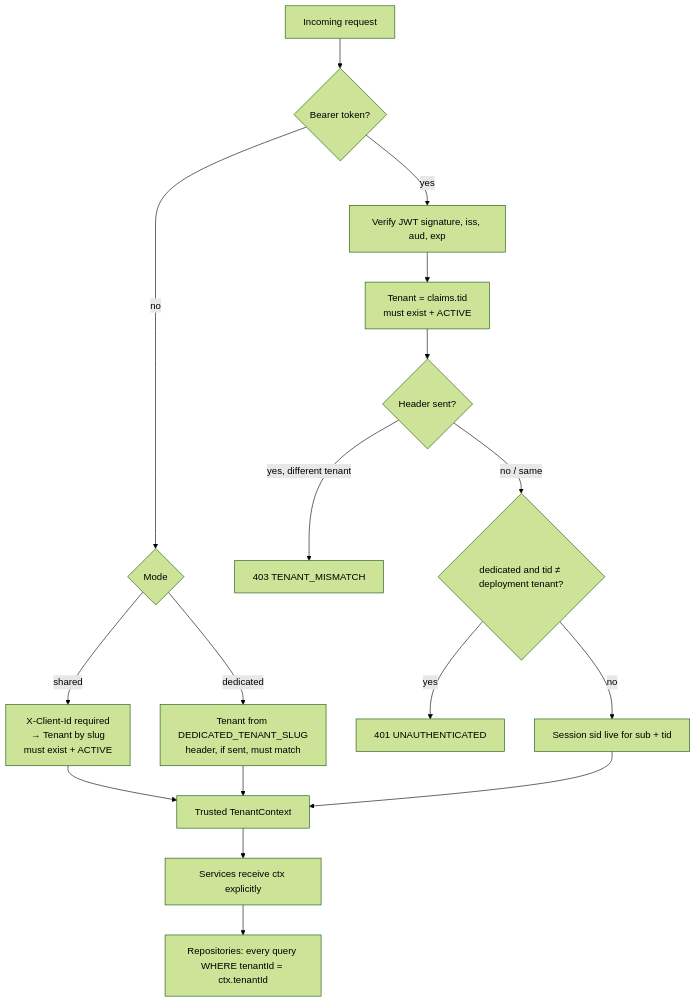
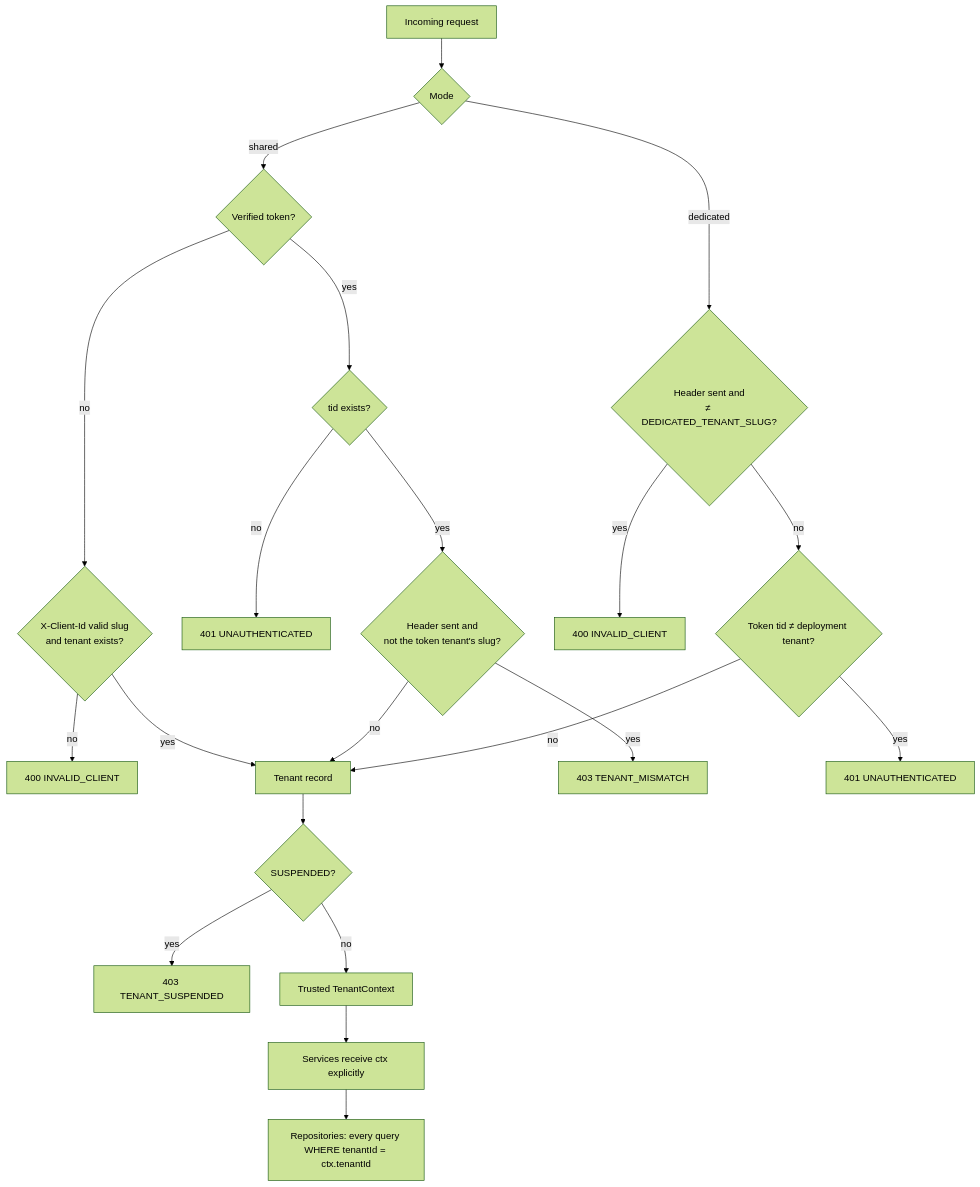
The diagram in docs/architecture.md (zakaria-hajja/white-label-server), drawn with Mermaid (forest theme) before and after one commit. The commit also changed other lines of this file, not shown here.

Commit message:
docs: align tenant resolution doc with resolver behaviour

````diff
--- a/docs/architecture.md
+++ b/docs/architecture.md
@@ -14,19 +26,23 @@
 ```mermaid
 flowchart TD
-    Req[Incoming request] --> Auth{Bearer token?}
-    Auth -- no --> Mode1{Mode}
-    Mode1 -- shared --> H[X-Client-Id required<br/>→ Tenant by slug<br/>must exist + ACTIVE]
-    Mode1 -- dedicated --> C[Tenant from DEDICATED_TENANT_SLUG<br/>header, if sent, must match]
-    Auth -- yes --> V[Verify JWT signature, iss, aud, exp]
-    V --> Tid[Tenant = claims.tid<br/>must exist + ACTIVE]
-    Tid --> M{Header sent?}
-    M -- yes, different tenant --> X[403 TENANT_MISMATCH]
-    M -- no / same --> Ded{dedicated and tid ≠ deployment tenant?}
-    Ded -- yes --> X2[401 UNAUTHENTICATED]
-    Ded -- no --> Sess[Session sid live for sub + tid]
-    H --> Ctx[Trusted TenantContext]
-    C --> Ctx
-    Sess --> Ctx
+    Req[Incoming request] --> Mode{Mode}
+    Mode -- shared --> STok{Verified token?}
+    STok -- no --> SH{X-Client-Id valid slug<br/>and tenant exists?}
+    SH -- no --> E1[400 INVALID_CLIENT]
+    SH -- yes --> Rec
+    STok -- yes --> STid{tid exists?}
+    STid -- no --> E2[401 UNAUTHENTICATED]
+    STid -- yes --> SHdr{Header sent and<br/>not the token tenant's slug?}
+    SHdr -- yes --> E3[403 TENANT_MISMATCH]
+    SHdr -- no --> Rec
+    Mode -- dedicated --> DH{Header sent and<br/>≠ DEDICATED_TENANT_SLUG?}
+    DH -- yes --> E4[400 INVALID_CLIENT]
+    DH -- no --> DTok{Token tid ≠ deployment tenant?}
+    DTok -- yes --> E5[401 UNAUTHENTICATED]
+    DTok -- no --> Rec
+    Rec[Tenant record] --> Susp{SUSPENDED?}
+    Susp -- yes --> E6[403 TENANT_SUSPENDED]
+    Susp -- no --> Ctx[Trusted TenantContext]
     Ctx --> Svc[Services receive ctx explicitly]
     Svc --> Repo[Repositories: every query WHERE tenantId = ctx.tenantId]
 ```
````
